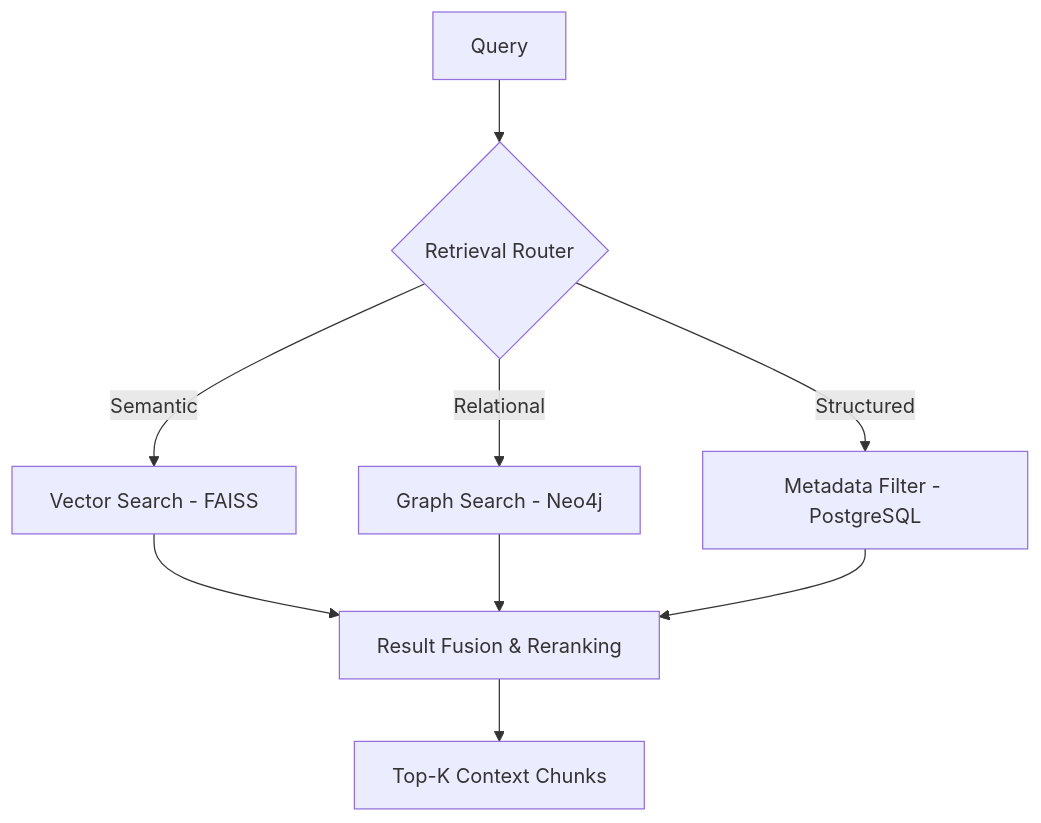
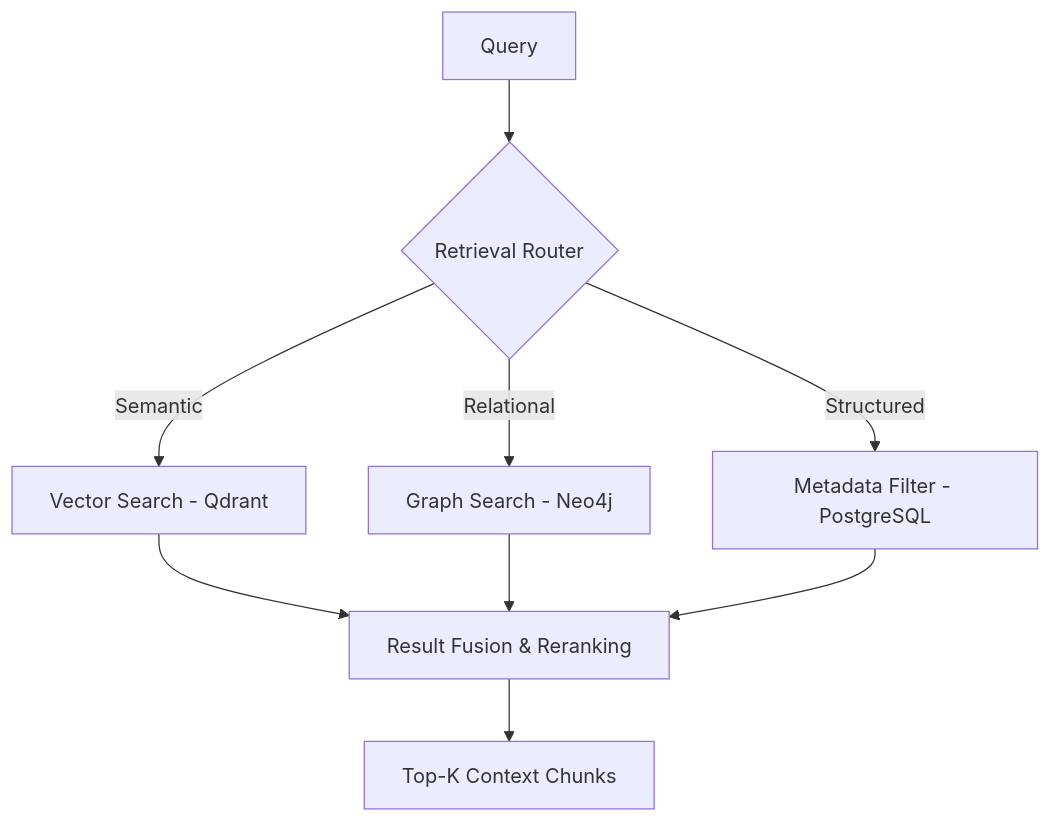
One commit to pratapVansh/TRACE changed the fifth of 11 diagrams in docs/08_AI_ARCHITECTURE.md. Above: the diagram before and after it, drawn with Mermaid. The commit also changed other lines of this file and 60 other files, not shown here.

````diff
--- a/docs/08_AI_ARCHITECTURE.md
+++ b/docs/08_AI_ARCHITECTURE.md
@@ -212,11 +219,11 @@
 ```mermaid
 flowchart TB
     Q["Query"] --> ROUTE{"Retrieval Router"}
-    ROUTE -->|Semantic| VS["Vector Search - FAISS"]
+    ROUTE -->|Semantic| VS["Vector Search - Qdrant"]
     ROUTE -->|Relational| GS["Graph Search - Neo4j"]
     ROUTE -->|Structured| MF["Metadata Filter - PostgreSQL"]
     VS --> MERGE["Result Fusion & Reranking"]
     GS --> MERGE
     MF --> MERGE
     MERGE --> TOP["Top-K Context Chunks"]
 ```
````
